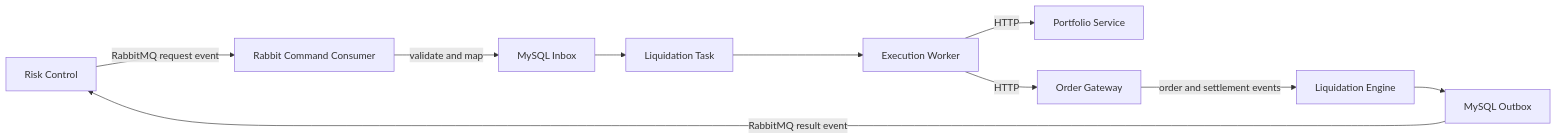
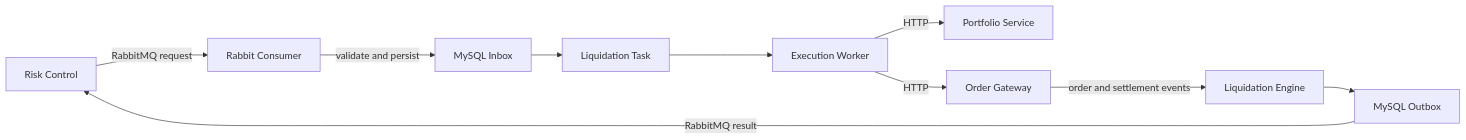
Before and after one commit to finish-blip/perp-liquidation: the diagram in README.md, drawn with Mermaid. The commit also changed other lines of this file, not shown here.

````diff
--- a/README.md
+++ b/README.md
@@ -23,12 +51,12 @@
 ```mermaid
 flowchart LR
-    Risk["Risk Control"] -->|"RabbitMQ request event"| RabbitConsumer["Rabbit Command Consumer"]
-    RabbitConsumer -->|"validate and map"| Inbox["MySQL Inbox"]
+    Risk["Risk Control"] -->|"RabbitMQ request"| Consumer["Rabbit Consumer"]
+    Consumer -->|"validate and persist"| Inbox["MySQL Inbox"]
     Inbox --> Task["Liquidation Task"]
     Task --> Worker["Execution Worker"]
     Worker -->|"HTTP"| Portfolio["Portfolio Service"]
-    Worker -->|"HTTP"| OrderGateway["Order Gateway"]
-    OrderGateway -->|"order and settlement events"| Engine["Liquidation Engine"]
+    Worker -->|"HTTP"| Gateway["Order Gateway"]
+    Gateway -->|"order and settlement events"| Engine["Liquidation Engine"]
     Engine --> Outbox["MySQL Outbox"]
-    Outbox -->|"RabbitMQ result event"| Risk
+    Outbox -->|"RabbitMQ result"| Risk
 ```
````
